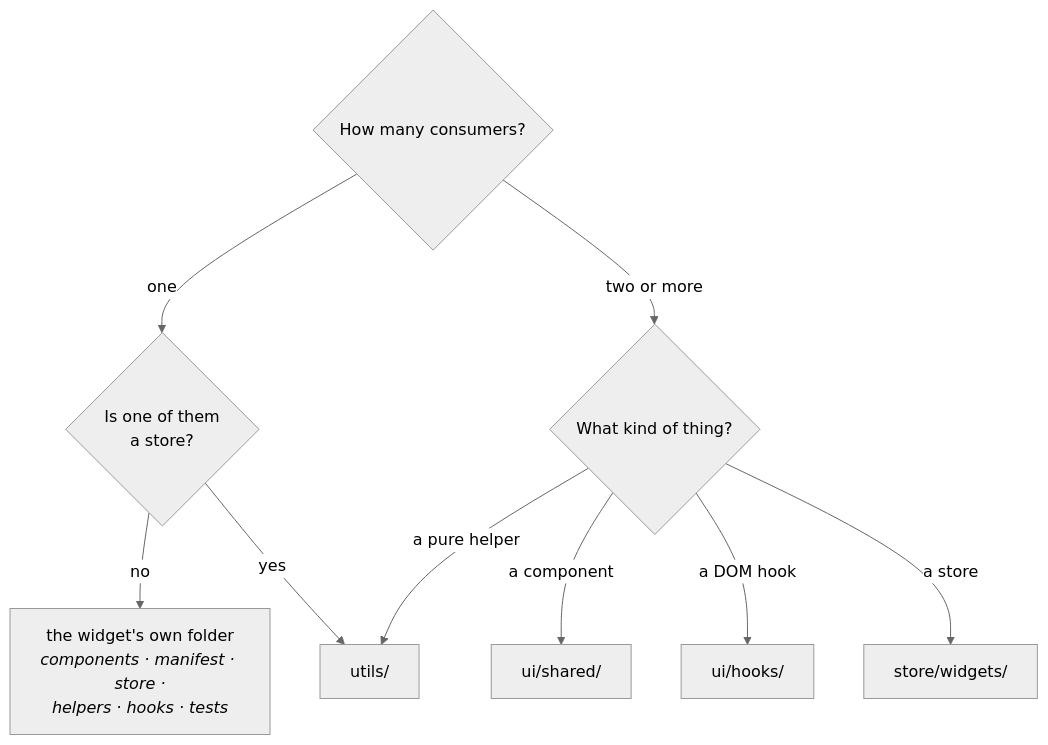
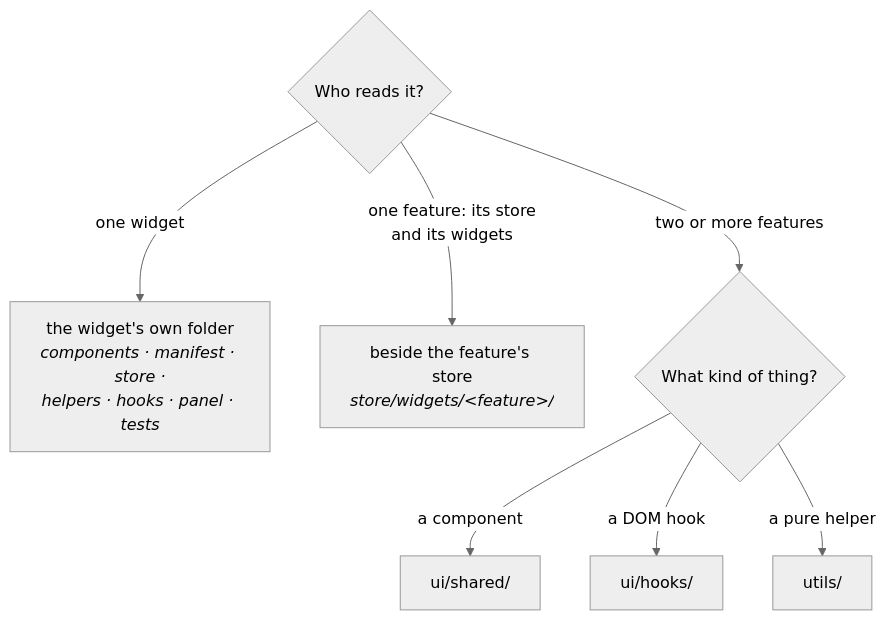
Before and after one commit to mvoof/Marble-Trace: diagram 15 of 24 in docs/architecture.md, drawn with Mermaid (neutral theme). The commit also changed other lines of this file and 665 other files, not shown here.

Commit message:
Architecture rework: sim logic in Rust, main owns settings (#583)

````diff
--- a/docs/architecture.md
+++ b/docs/architecture.md
@@ -1035,20 +1095,17 @@
 ```mermaid
 flowchart TB
-    Q1{"How many consumers?"}
-    Q2{"Is one of them<br/>a store?"}
-    W["the widget's own folder<br/><i>components · manifest · store ·<br/>helpers · hooks · tests</i>"]
+    Q1{"Who reads it?"}
+    W["the widget's own folder<br/><i>components · manifest · store ·<br/>helpers · hooks · panel · tests</i>"]
+    F["beside the feature's store<br/><i>store/widgets/&lt;feature&gt;/</i>"]
     KIND{"What kind of thing?"}
     SH["ui/shared/"]
     HK["ui/hooks/"]
     UT["utils/"]
-    SW["store/widgets/"]
 
-    Q1 -->|one| Q2
-    Q2 -->|no| W
-    Q2 -->|yes| UT
-    Q1 -->|"two or more"| KIND
+    Q1 -->|one widget| W
+    Q1 -->|"one feature: its store<br/>and its widgets"| F
+    Q1 -->|"two or more features"| KIND
     KIND -->|a component| SH
     KIND -->|a DOM hook| HK
     KIND -->|a pure helper| UT
-    KIND -->|a store| SW
 ```
````
